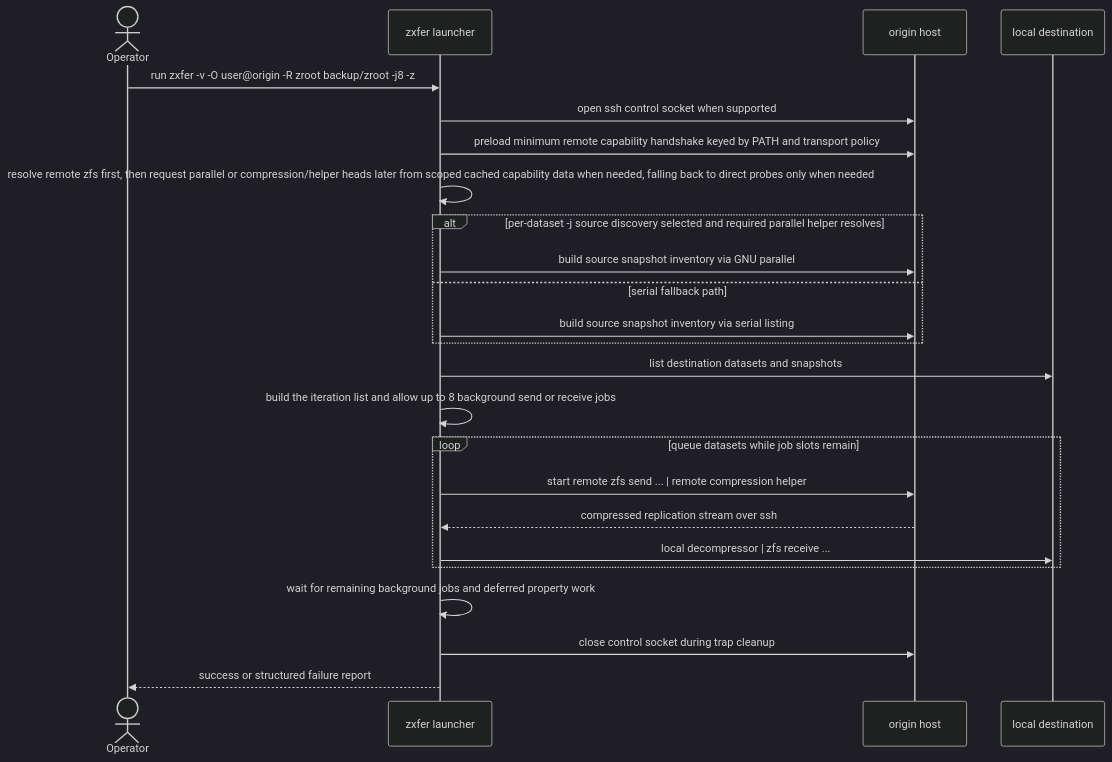
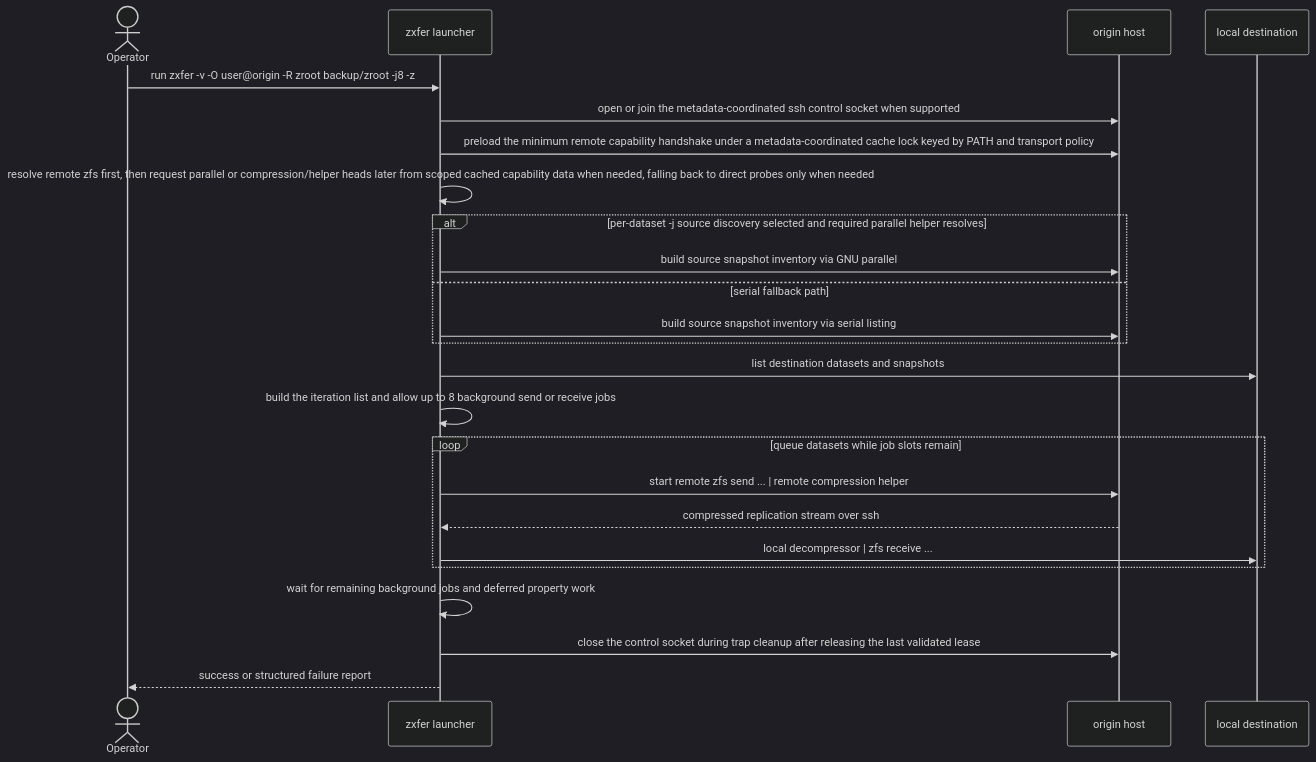
Before and after one commit to totalAldo/zxfer: the fourth of 6 diagrams in docs/architecture.md, drawn with Mermaid (dark theme). The commit also changed other lines of this file and 30 other files, not shown here.

First line of the commit message:
Standardize lock metadata

````diff
--- a/docs/architecture.md
+++ b/docs/architecture.md
@@ -246,27 +269,27 @@
 ```mermaid
 sequenceDiagram
     actor Operator
     participant Launcher as zxfer launcher
     participant Origin as origin host
     participant Local as local destination
 
     Operator->>Launcher: run zxfer -v -O user@origin -R zroot backup/zroot -j8 -z
-    Launcher->>Origin: open ssh control socket when supported
-    Launcher->>Origin: preload minimum remote capability handshake keyed by PATH and transport policy
+    Launcher->>Origin: open or join the metadata-coordinated ssh control socket when supported
+    Launcher->>Origin: preload the minimum remote capability handshake under a metadata-coordinated cache lock keyed by PATH and transport policy
     Launcher->>Launcher: resolve remote zfs first, then request parallel or compression/helper heads later from scoped cached capability data when needed, falling back to direct probes only when needed
     alt per-dataset -j source discovery selected and required parallel helper resolves
         Launcher->>Origin: build source snapshot inventory via GNU parallel
     else serial fallback path
         Launcher->>Origin: build source snapshot inventory via serial listing
     end
     Launcher->>Local: list destination datasets and snapshots
     Launcher->>Launcher: build the iteration list and allow up to 8 background send or receive jobs
     loop queue datasets while job slots remain
         Launcher->>Origin: start remote zfs send ... | remote compression helper
         Origin-->>Launcher: compressed replication stream over ssh
         Launcher->>Local: local decompressor | zfs receive ...
     end
     Launcher->>Launcher: wait for remaining background jobs and deferred property work
-    Launcher->>Origin: close control socket during trap cleanup
+    Launcher->>Origin: close the control socket during trap cleanup after releasing the last validated lease
     Launcher-->>Operator: success or structured failure report
 ```
````
